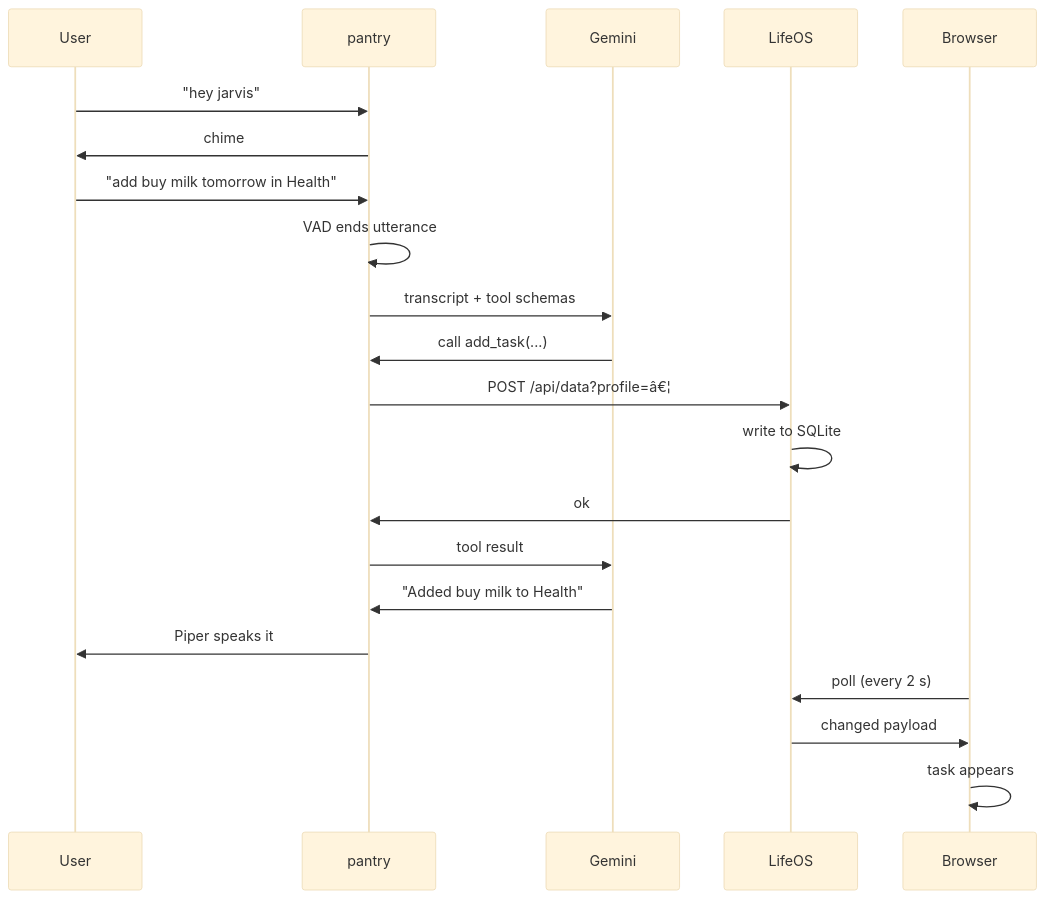
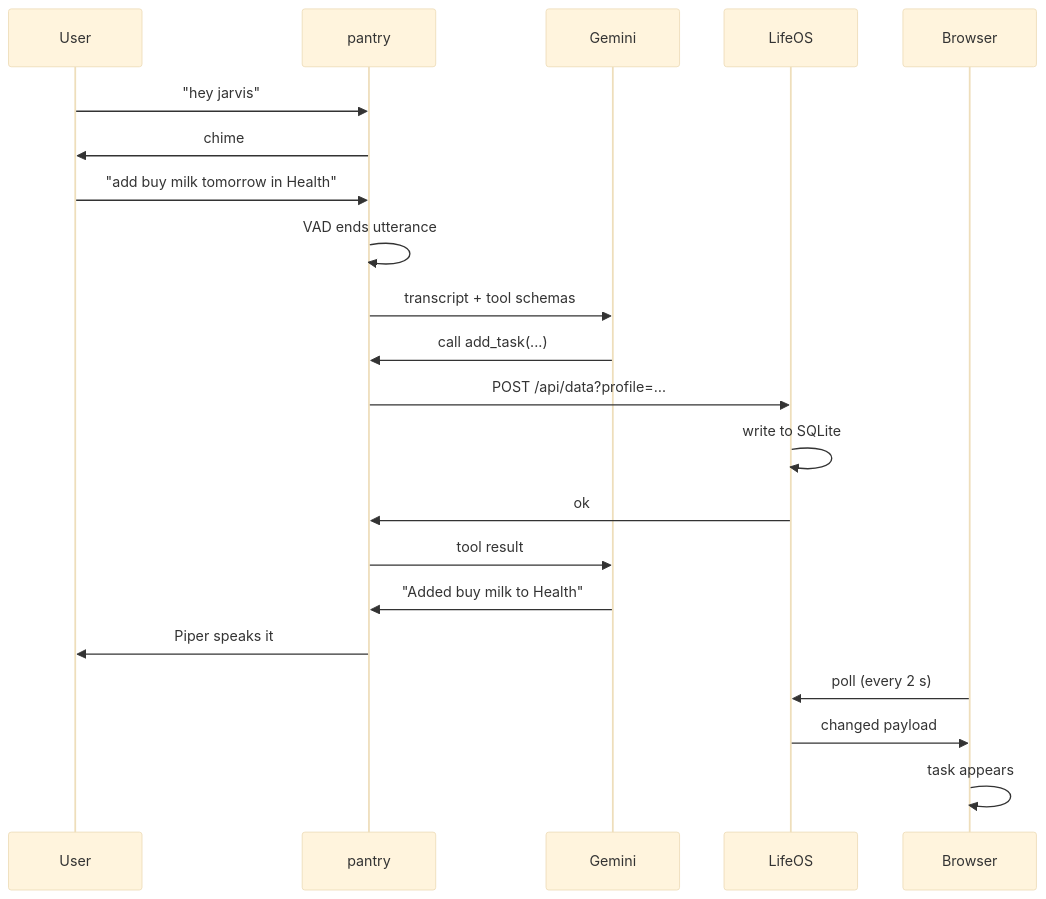
The fourth of 4 diagrams in docs/architecture.md (DK09876/pantry), drawn with Mermaid (base theme) before and after one commit. The commit also changed other lines of this file and 1 other file, not shown here.

````diff
--- a/docs/architecture.md
+++ b/docs/architecture.md
@@ -109,24 +109,24 @@
 ```mermaid
 sequenceDiagram
     participant U as User
     participant P as pantry
     participant Gm as Gemini
     participant L as LifeOS
     participant B as Browser
 
     U->>P: "hey jarvis"
     P->>U: chime
     U->>P: "add buy milk tomorrow in Health"
     P->>P: VAD ends utterance
     P->>Gm: transcript + tool schemas
     Gm->>P: call add_task(...)
-    P->>L: POST /api/data?profile=â€¦
+    P->>L: POST /api/data?profile=…
     L->>L: write to SQLite
     L->>P: ok
     P->>Gm: tool result
     Gm->>P: "Added buy milk to Health"
     P->>U: Piper speaks it
     B->>L: poll (every 2 s)
     L->>B: changed payload
     B->>B: task appears
 ```
````
